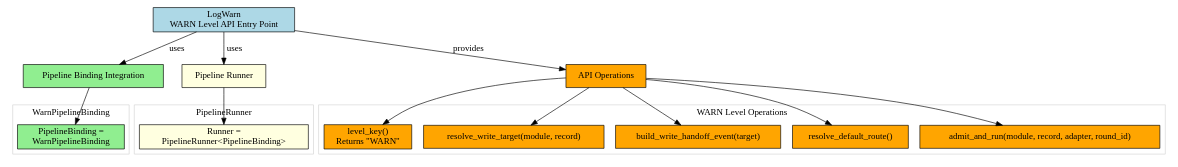
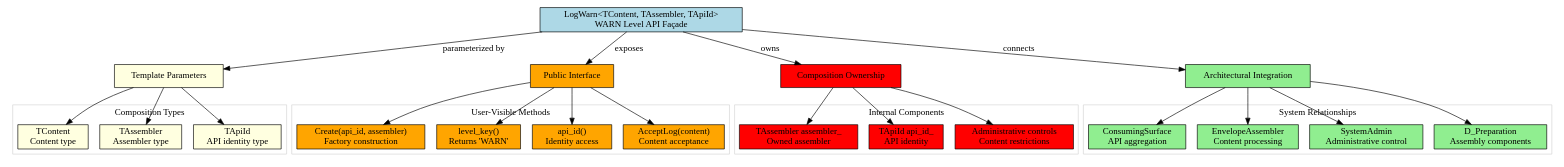
Before and after one commit to AlotfyDev/LoggingSystem: the diagram in ProjectManagement/Architectural_Analysis/logging_system/L_Level_api/log_warn.dot, drawn with Graphviz. The commit also changed 9 other files, not shown here.

First line of the commit message:
docs: Add comprehensive architectural documentation for metadata injector contract and all level APIs

```diff
--- a/ProjectManagement/Architectural_Analysis/logging_system/L_Level_api/log_warn.dot
+++ b/ProjectManagement/Architectural_Analysis/logging_system/L_Level_api/log_warn.dot
@@ -1,53 +1,78 @@
 digraph log_warn_architecture {
     rankdir=TB;
     node [shape=box, style=filled, fillcolor=lightblue];
-    
-    log_warn [label="LogWarn\nWARN Level API Entry Point"];
-    
+
+    log_warn_api [label="LogWarn<TContent, TAssembler, TApiId>\nWARN Level API Façade"];
+
+    node [shape=box, style=filled, fillcolor=lightyellow];
+    template_params [label="Template Parameters"];
+
+    log_warn_api -> template_params [label="parameterized by"];
+
+    subgraph cluster_template_params {
+        label="Composition Types";
+        color=lightgrey;
+        tcontent [label="TContent\nContent type"];
+        tassembler [label="TAssembler\nAssembler type"];
+        tapiid [label="TApiId\nAPI identity type"];
+    }
+
+    template_params -> tcontent;
+    template_params -> tassembler;
+    template_params -> tapiid;
+
+    node [shape=box, style=filled, fillcolor=orange];
+    public_interface [label="Public Interface"];
+
+    log_warn_api -> public_interface [label="exposes"];
+
+    subgraph cluster_public_interface {
+        label="User-Visible Methods";
+        color=lightgrey;
+        create_method [label="Create(api_id, assembler)\nFactory construction"];
+        level_key_method [label="level_key()\nReturns 'WARN'"];
+        api_id_getter [label="api_id()\nIdentity access"];
+        accept_log_method [label="AcceptLog(content)\nContent acceptance"];
+    }
+
+    public_interface -> create_method;
+    public_interface -> level_key_method;
+    public_interface -> api_id_getter;
+    public_interface -> accept_log_method;
+
+    node [shape=box, style=filled, fillcolor=red];
+    composition_ownership [label="Composition Ownership"];
+
+    log_warn_api -> composition_ownership [label="owns"];
+
+    subgraph cluster_composition {
+        label="Internal Components";
+        color=lightgrey;
+        assembler_owned [label="TAssembler assembler_\nOwned assembler"];
+        api_id_owned [label="TApiId api_id_\nAPI identity"];
+        admin_controls [label="Administrative controls\nContent restrictions"];
+    }
+
+    composition_ownership -> assembler_owned;
+    composition_ownership -> api_id_owned;
+    composition_ownership -> admin_controls;
+
     node [shape=box, style=filled, fillcolor=lightgreen];
-    pipeline_binding_integration [label="Pipeline Binding Integration"];
-    
-    log_warn -> pipeline_binding_integration [label="uses"];
-    
-    subgraph cluster_binding {
-        label="WarnPipelineBinding";
+    architectural_integration [label="Architectural Integration"];
+
+    log_warn_api -> architectural_integration [label="connects"];
+
+    subgraph cluster_integration {
+        label="System Relationships";
         color=lightgrey;
-        warn_pipeline [label="PipelineBinding =\nWarnPipelineBinding"];
+        consuming_surface [label="ConsumingSurface\nAPI aggregation"];
+        envelope_assembler [label="EnvelopeAssembler\nContent processing"];
+        system_admin [label="SystemAdmin\nAdministrative control"];
+        preparation_layer [label="D_Preparation\nAssembly components"];
     }
-    
-    pipeline_binding_integration -> warn_pipeline;
-    
-    node [shape=box, style=filled, fillcolor=lightyellow];
-    runner_integration [label="Pipeline Runner"];
-    
-    log_warn -> runner_integration [label="uses"];
-    
-    subgraph cluster_runner {
-        label="PipelineRunner";
-        color=lightgrey;
-        runner [label="Runner =\nPipelineRunner<PipelineBinding>"];
-    }
-    
-    runner_integration -> runner;
-    
-    node [shape=box, style=filled, fillcolor=orange];
-    api_operations [label="API Operations"];
-    
-    log_warn -> api_operations [label="provides"];
-    
-    subgraph cluster_operations {
-        label="WARN Level Operations";
-        color=lightgrey;
-        level_key_op [label="level_key()\nReturns \"WARN\""];
-        resolve_target_op [label="resolve_write_target(module, record)"];
-        build_handoff_op [label="build_write_handoff_event(target)"];
-        resolve_route_op [label="resolve_default_route()"];
-        admit_and_run_op [label="admit_and_run(module, record, adapter, round_id)"];
-    }
-    
-    api_operations -> level_key_op;
-    api_operations -> resolve_target_op;
-    api_operations -> build_handoff_op;
-    api_operations -> resolve_route_op;
-    api_operations -> admit_and_run_op;
+
+    architectural_integration -> consuming_surface;
+    architectural_integration -> envelope_assembler;
+    architectural_integration -> system_admin;
+    architectural_integration -> preparation_layer;
 }
```
